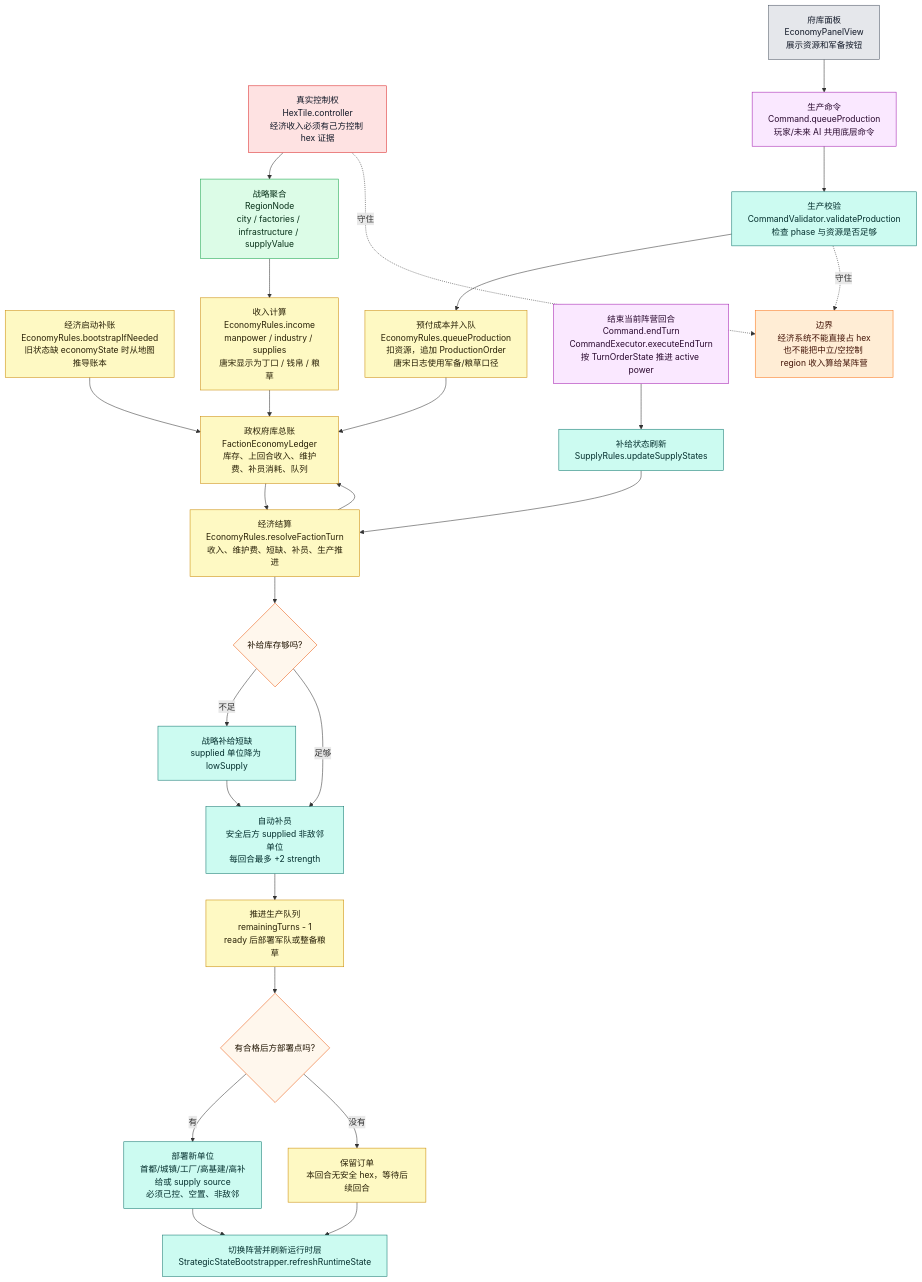
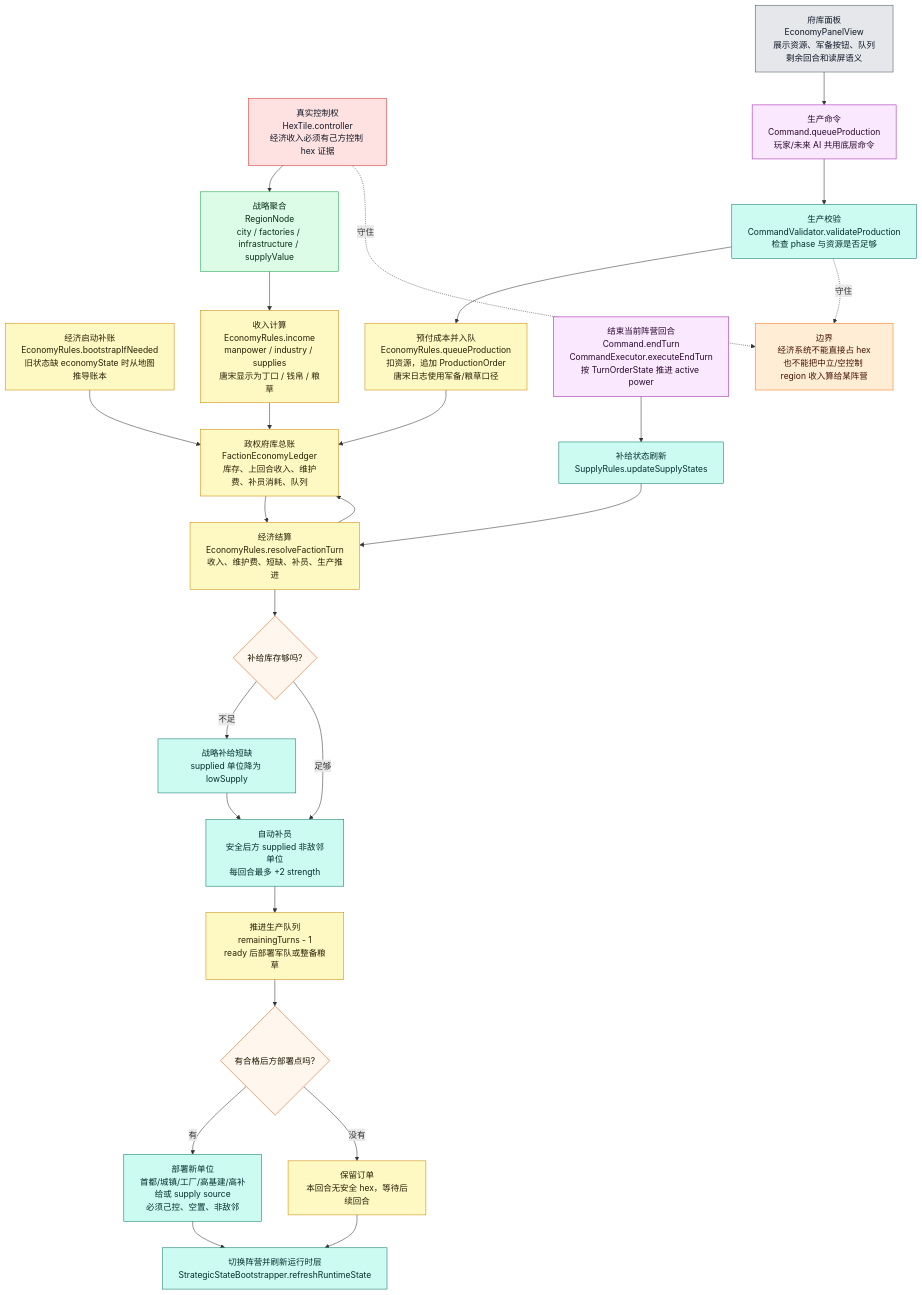
The third of 12 diagrams in md/flow/flowchart.md (Altman-sam114/125), drawn with Mermaid before and after one commit. The commit also changed other lines of this file and 6 other files, not shown here.

````diff
--- a/md/flow/flowchart.md
+++ b/md/flow/flowchart.md
@@ -256,51 +257,51 @@
 ```mermaid
 flowchart TD
     BOOT["经济启动补账<br/>EconomyRules.bootstrapIfNeeded<br/>旧状态缺 economyState 时从地图推导账本"]:::economy
     HEX["真实控制权<br/>HexTile.controller<br/>经济收入必须有己方控制 hex 证据"]:::authority
     REGION["战略聚合<br/>RegionNode<br/>city / factories / infrastructure / supplyValue"]:::derived
     INCOME["收入计算<br/>EconomyRules.income<br/>manpower / industry / supplies<br/>唐宋显示为丁口 / 钱帛 / 粮草"]:::economy
     LEDGER["政权府库总账<br/>FactionEconomyLedger<br/>库存、上回合收入、维护费、补员消耗、队列"]:::economy
 
-    UI["府库面板<br/>EconomyPanelView<br/>展示资源和军备按钮"]:::ui
+    UI["府库面板<br/>EconomyPanelView<br/>展示资源、军备按钮、队列剩余回合和读屏语义"]:::ui
     QUEUE["生产命令<br/>Command.queueProduction<br/>玩家/未来 AI 共用底层命令"]:::command
     VALIDATE["生产校验<br/>CommandValidator.validateProduction<br/>检查 phase 与资源是否足够"]:::rules
     PAY["预付成本并入队<br/>EconomyRules.queueProduction<br/>扣资源，追加 ProductionOrder<br/>唐宋日志使用军备/粮草口径"]:::economy
 
     END["结束当前阵营回合<br/>Command.endTurn<br/>CommandExecutor.executeEndTurn<br/>按 TurnOrderState 推进 active power"]:::command
     SUPPLY["补给状态刷新<br/>SupplyRules.updateSupplyStates"]:::rules
     RESOLVE["经济结算<br/>EconomyRules.resolveFactionTurn<br/>收入、维护费、短缺、补员、生产推进"]:::economy
     SHORT{"补给库存够吗?"}:::decision
     LOW["战略补给短缺<br/>supplied 单位降为 lowSupply"]:::rules
     REINF["自动补员<br/>安全后方 supplied 非敌邻单位<br/>每回合最多 +2 strength"]:::rules
     PROD["推进生产队列<br/>remainingTurns - 1<br/>ready 后部署军队或整备粮草"]:::economy
     DEPLOY{"有合格后方部署点吗?"}:::decision
     SPAWN["部署新单位<br/>首都/城镇/工厂/高基建/高补给或 supply source<br/>必须己控、空置、非敌邻"]:::rules
     WAIT["保留订单<br/>本回合无安全 hex，等待后续回合"]:::economy
     NEXT["切换阵营并刷新运行时层<br/>StrategicStateBootstrapper.refreshRuntimeState"]:::rules
 
     BOOT --> LEDGER
     HEX --> REGION --> INCOME --> LEDGER
     UI --> QUEUE --> VALIDATE --> PAY --> LEDGER
     END --> SUPPLY --> RESOLVE
     LEDGER --> RESOLVE
     RESOLVE --> SHORT
     SHORT -->|不足| LOW --> REINF
     SHORT -->|足够| REINF
     REINF --> PROD --> DEPLOY
     DEPLOY -->|有| SPAWN --> NEXT
     DEPLOY -->|没有| WAIT --> NEXT
     RESOLVE --> LEDGER
 
     WARN["边界<br/>经济系统不能直接占 hex<br/>也不能把中立/空控制 region 收入算给某阵营"]:::warn
     HEX -.守住.-> WARN
     VALIDATE -.守住.-> WARN
 
     classDef authority fill:#fee2e2,stroke:#dc2626,color:#111827
     classDef derived fill:#dcfce7,stroke:#16a34a,color:#052e16
     classDef economy fill:#fef9c3,stroke:#ca8a04,color:#292107
     classDef command fill:#fae8ff,stroke:#a21caf,color:#2a0a2f
     classDef rules fill:#ccfbf1,stroke:#0f766e,color:#042f2e
     classDef decision fill:#fff7ed,stroke:#ea580c,color:#1f1300
     classDef ui fill:#e5e7eb,stroke:#4b5563,color:#111827
     classDef warn fill:#ffedd5,stroke:#f97316,color:#431407
 ```
````
